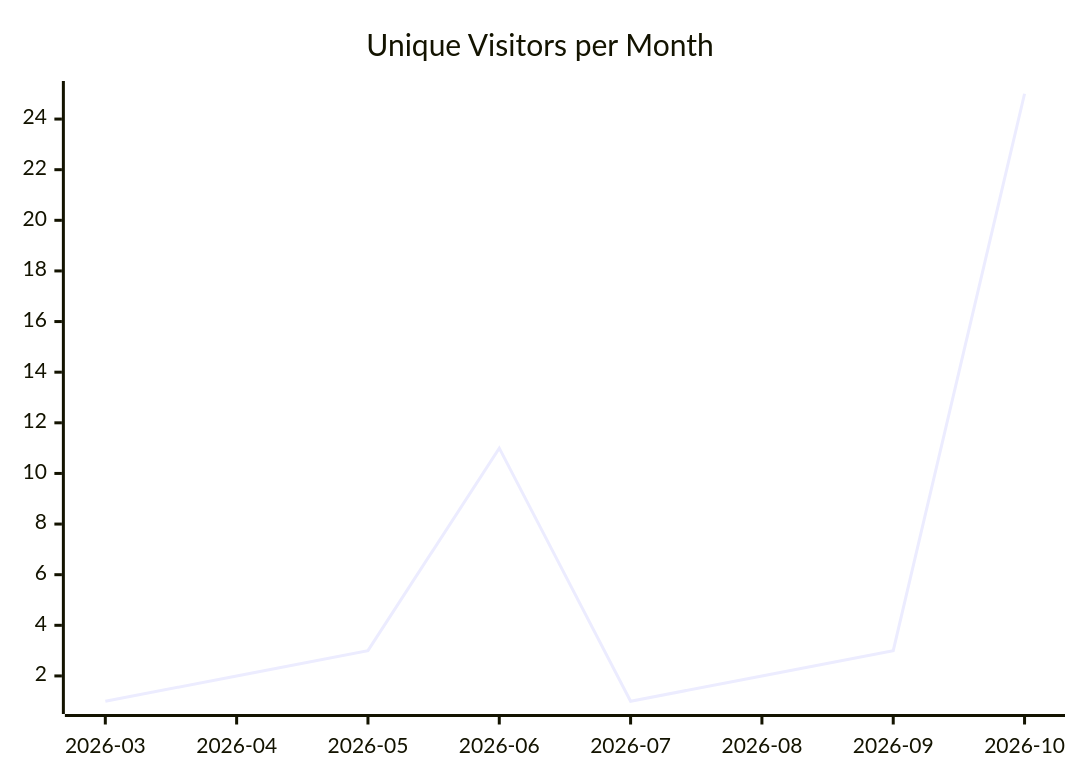
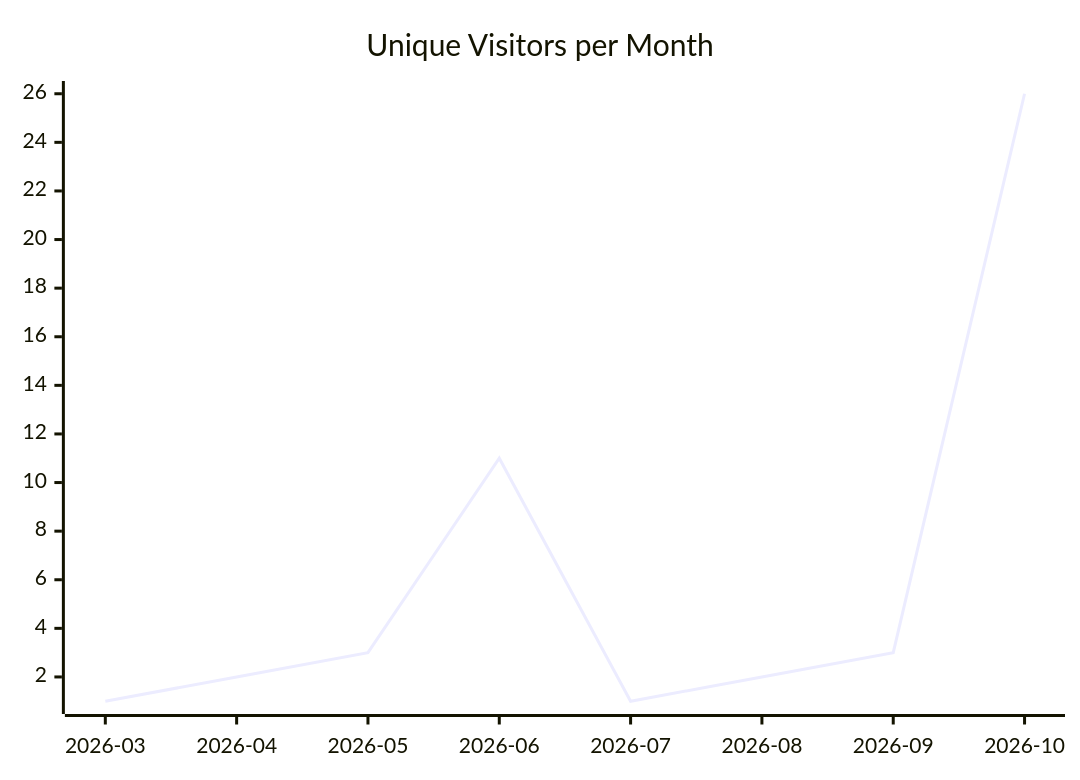
Before and after one commit to justdavis-family/github-analytics-data: the first of 3 diagrams in karlmdavis/justdavis-ansible/README.md, drawn with Mermaid. The commit also changed other lines of this file and 202 other files, not shown here.

````diff
--- a/karlmdavis/justdavis-ansible/README.md
+++ b/karlmdavis/justdavis-ansible/README.md
@@ -5,6 +5,6 @@
 ```mermaid
 xychart-beta
   title "Unique Visitors per Month"
   x-axis ["2026-03", "2026-04", "2026-05", "2026-06", "2026-07", "2026-08", "2026-09", "2026-10"]
-  line [1, 2, 3, 11, 1, 2, 3, 25]
+  line [1, 2, 3, 11, 1, 2, 3, 26]
 ```
````
